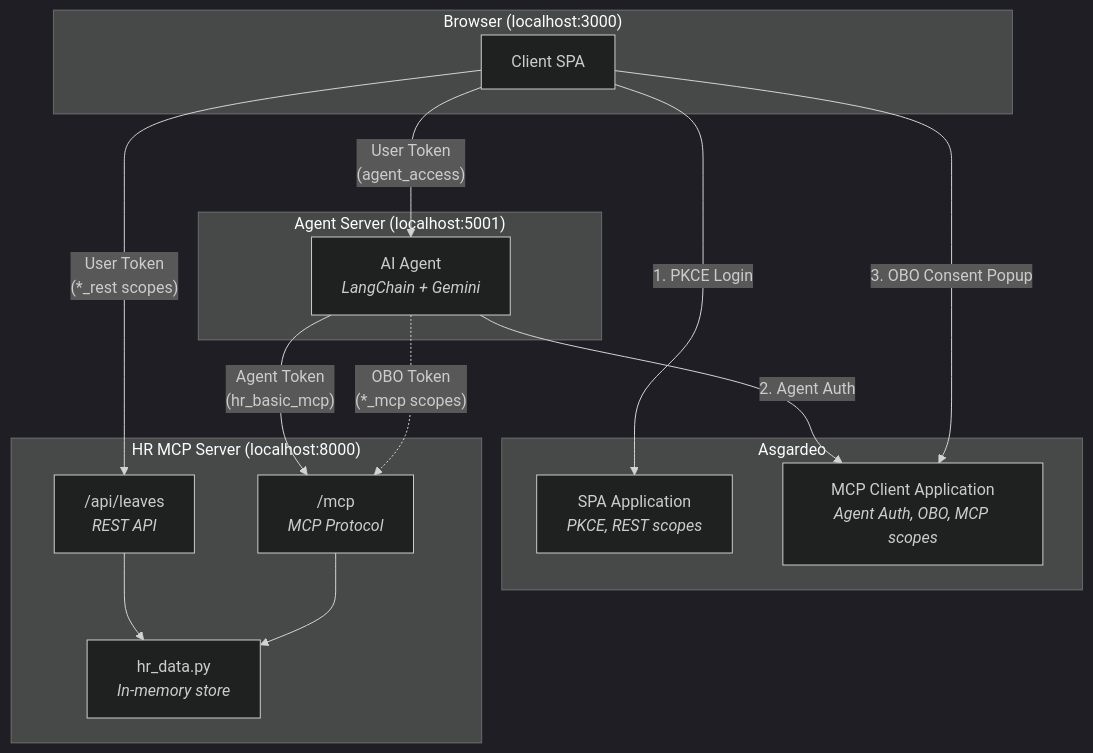
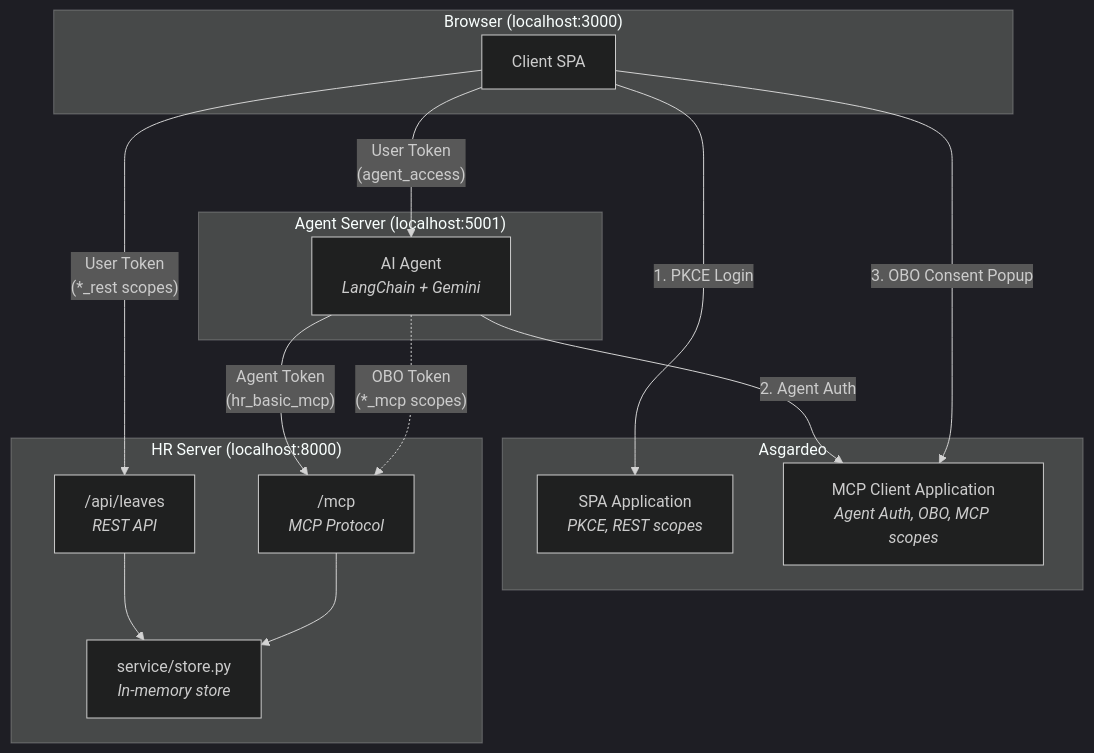
One commit to wso2/iam-ai-samples changed the diagram in smart-employee-agent/README.md. Above: the diagram before and after it, drawn with Mermaid (dark theme). The commit also changed other lines of this file and 21 other files, not shown here.

````diff
--- a/smart-employee-agent/README.md
+++ b/smart-employee-agent/README.md
@@ -17,40 +17,40 @@
 ```mermaid
 graph TB
     subgraph Asgardeo
         SPA_APP["SPA Application<br/><i>PKCE, REST scopes</i>"]
         MCP_APP["MCP Client Application<br/><i>Agent Auth, OBO, MCP scopes</i>"]
     end
 
     subgraph "Browser (localhost:3000)"
         CLIENT["Client SPA"]
     end
 
     subgraph "Agent Server (localhost:5001)"
         AGENT["AI Agent<br/><i>LangChain + Gemini</i>"]
     end
 
-    subgraph "HR MCP Server (localhost:8000)"
+    subgraph "HR Server (localhost:8000)"
         HR_REST["/api/leaves<br/><i>REST API</i>"]
         HR_MCP["/mcp<br/><i>MCP Protocol</i>"]
-        HR_DATA["hr_data.py<br/><i>In-memory store</i>"]
+        HR_DATA["service/store.py<br/><i>In-memory store</i>"]
     end
 
     %% Authentication flows
     CLIENT -- "1. PKCE Login" --> SPA_APP
     AGENT -- "2. Agent Auth" --> MCP_APP
     CLIENT -- "3. OBO Consent Popup" --> MCP_APP
 
     %% User → REST (direct, with SPA token + *_rest scopes)
     CLIENT -- "User Token<br/>(*_rest scopes)" --> HR_REST
 
     %% User → Agent (chat)
     CLIENT -- "User Token<br/>(agent_access)" --> AGENT
 
     %% Agent → MCP (with agent/OBO token + *_mcp scopes)
     AGENT -- "Agent Token<br/>(hr_basic_mcp)" --> HR_MCP
     AGENT -. "OBO Token<br/>(*_mcp scopes)" .-> HR_MCP
 
     %% In-memory data
     HR_REST --> HR_DATA
     HR_MCP --> HR_DATA
 ```
````
